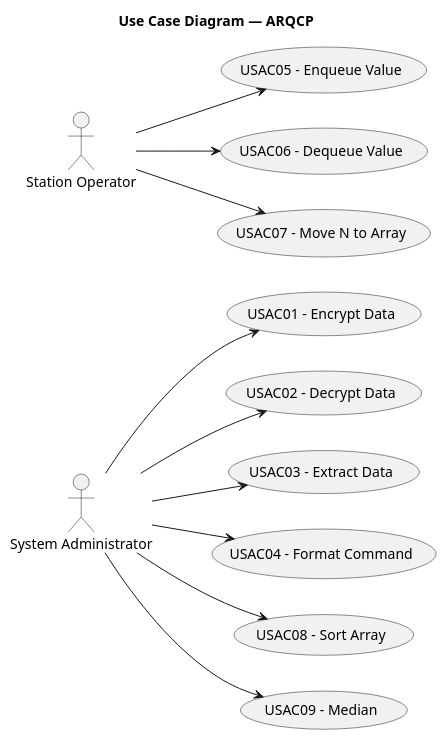
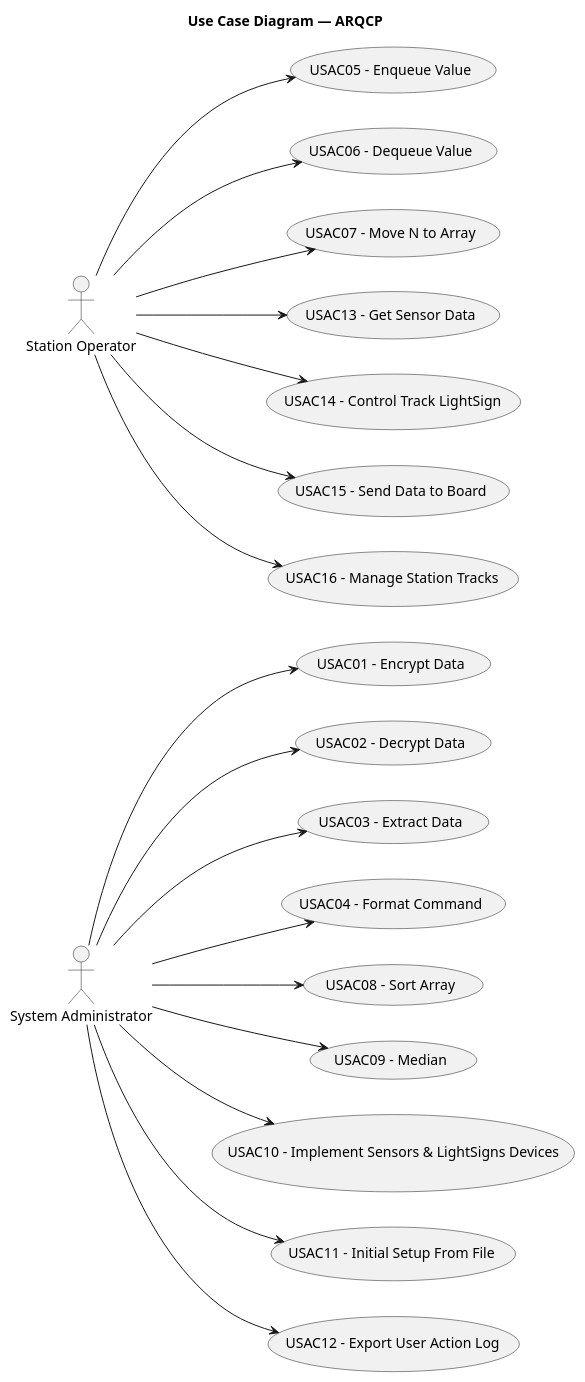
The diagram in docs/system-documentation/global-artifacts/requirements-engineering/puml/UCDARQCP.puml (bruno-monteiro5/sem3-pi-25.26-g164-repository), drawn with PlantUML before and after one commit. The commit also changed 2 other files, not shown here.

Commit message:
ARQCP(Docs) - Add Sprint 3 use cases and associations to use case diagram [#202]

```diff
--- a/docs/system-documentation/global-artifacts/requirements-engineering/puml/UCDARQCP.puml
+++ b/docs/system-documentation/global-artifacts/requirements-engineering/puml/UCDARQCP.puml
@@ -1,32 +1,63 @@
 @startuml
 skinparam packageStyle rectangle
 left to right direction
 
 title Use Case Diagram — ARQCP
 
 actor "System Administrator" as SA
 actor "Station Operator" as SO
 
+' ------------------
+' Sprint 2 Use Cases
+' ------------------
 usecase "USAC01 - Encrypt Data" as UC1
 usecase "USAC02 - Decrypt Data" as UC2
 usecase "USAC03 - Extract Data" as UC3
 usecase "USAC04 - Format Command" as UC4
 usecase "USAC08 - Sort Array" as UC8
 usecase "USAC09 - Median" as UC9
 
 usecase "USAC05 - Enqueue Value" as UC5
 usecase "USAC06 - Dequeue Value" as UC6
 usecase "USAC07 - Move N to Array" as UC7
 
+
+' ------------------
+' Sprint 3 Use Cases
+' ------------------
+usecase "USAC10 - Implement Sensors & LightSigns Devices" as UC10
+usecase "USAC11 - Initial Setup From File" as UC11
+usecase "USAC12 - Export User Action Log" as UC12
+usecase "USAC13 - Get Sensor Data" as UC13
+usecase "USAC14 - Control Track LightSign" as UC14
+usecase "USAC15 - Send Data to Board" as UC15
+usecase "USAC16 - Manage Station Tracks" as UC16
+
+
+' ------------------
+' Associations Sprint 2
+' ------------------
 SA --> UC1
 SA --> UC2
 SA --> UC3
 SA --> UC4
 SA --> UC8
 SA --> UC9
 
 SO --> UC5
 SO --> UC6
 SO --> UC7
 
+' ------------------
+' Associations Sprint 3
+' ------------------
+SA --> UC10
+SA --> UC11
+SA --> UC12
+
+SO --> UC13
+SO --> UC14
+SO --> UC15
+SO --> UC16
+
 @enduml
```
